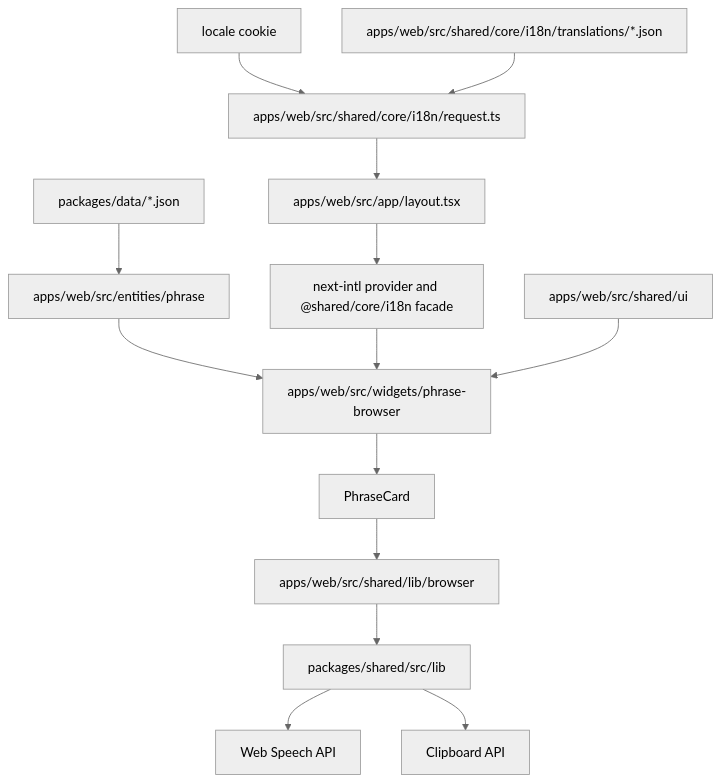
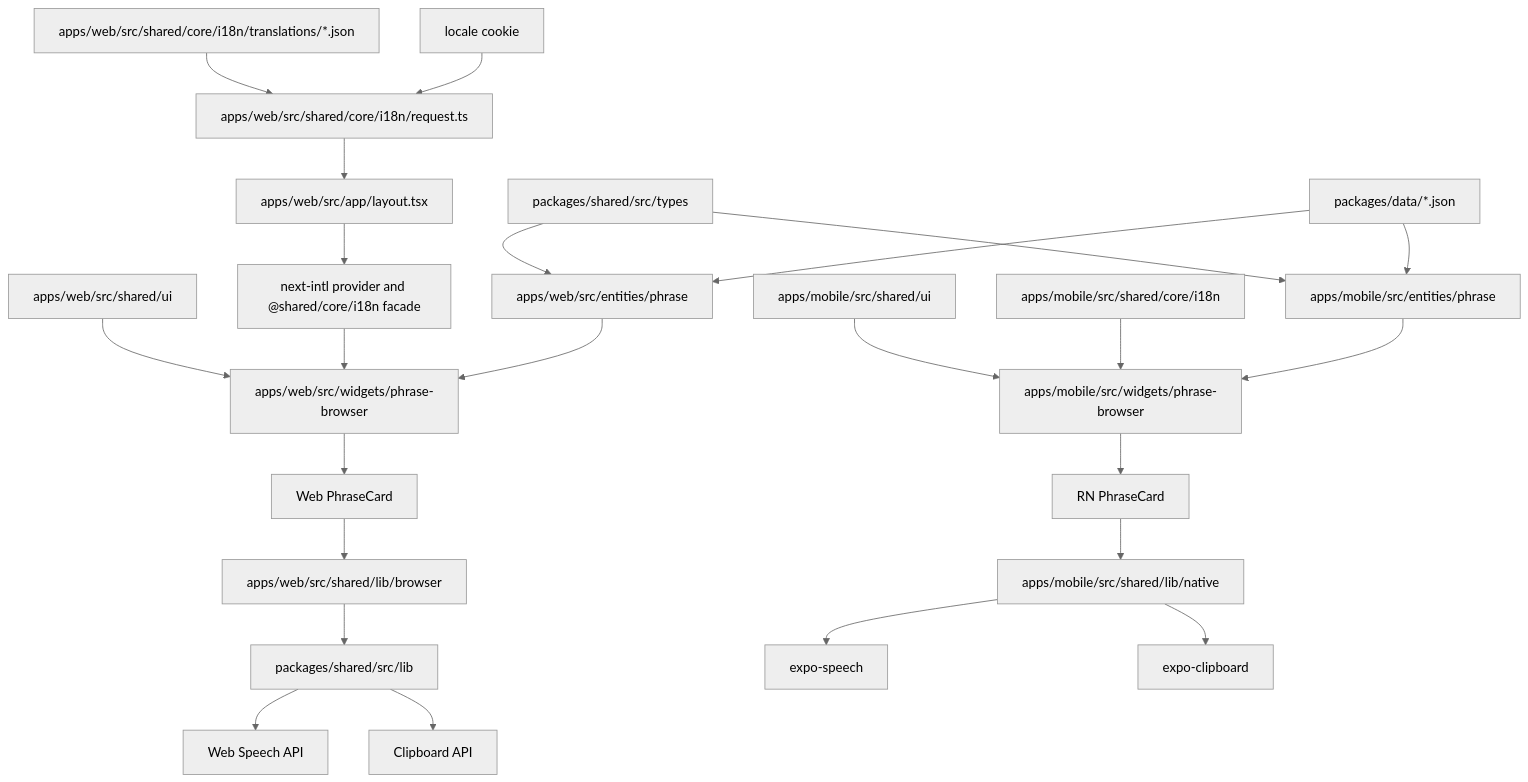
The first of 3 diagrams in .ai/project-map/data-flow.md (iziuk/Polite), drawn with Mermaid (neutral theme) before and after one commit. The commit also changed other lines of this file and 40 other files, not shown here.

First line of the commit message:
feat: add mobile phrase browser

````diff
--- a/.ai/project-map/data-flow.md
+++ b/.ai/project-map/data-flow.md
@@ -7,16 +7,26 @@
 ```mermaid
 flowchart TD
-  Data["packages/data/*.json"] --> Entity["apps/web/src/entities/phrase"]
-  Entity --> Widget["apps/web/src/widgets/phrase-browser"]
+  Data["packages/data/*.json"] --> WebEntity["apps/web/src/entities/phrase"]
+  Data --> MobileEntity["apps/mobile/src/entities/phrase"]
+  Types["packages/shared/src/types"] --> WebEntity
+  Types --> MobileEntity
+  WebEntity --> WebWidget["apps/web/src/widgets/phrase-browser"]
+  MobileEntity --> MobileWidget["apps/mobile/src/widgets/phrase-browser"]
   Cookie["locale cookie"] --> I18nRequest["apps/web/src/shared/core/i18n/request.ts"]
   Messages["apps/web/src/shared/core/i18n/translations/*.json"] --> I18nRequest
   I18nRequest --> Layout["apps/web/src/app/layout.tsx"]
-  Layout --> I18n["next-intl provider and @shared/core/i18n facade"]
-  I18n --> Widget
-  Ui["apps/web/src/shared/ui"] --> Widget
-  Widget --> Card["PhraseCard"]
-  Card --> BrowserFacade["apps/web/src/shared/lib/browser"]
+  Layout --> WebI18n["next-intl provider and @shared/core/i18n facade"]
+  WebI18n --> WebWidget
+  MobileI18n["apps/mobile/src/shared/core/i18n"] --> MobileWidget
+  WebUi["apps/web/src/shared/ui"] --> WebWidget
+  MobileUi["apps/mobile/src/shared/ui"] --> MobileWidget
+  WebWidget --> WebCard["Web PhraseCard"]
+  MobileWidget --> MobileCard["RN PhraseCard"]
+  WebCard --> BrowserFacade["apps/web/src/shared/lib/browser"]
   BrowserFacade --> SharedHelpers["packages/shared/src/lib"]
   SharedHelpers --> Speech["Web Speech API"]
   SharedHelpers --> Clipboard["Clipboard API"]
+  MobileCard --> NativeActions["apps/mobile/src/shared/lib/native"]
+  NativeActions --> ExpoSpeech["expo-speech"]
+  NativeActions --> ExpoClipboard["expo-clipboard"]
 ```
````
